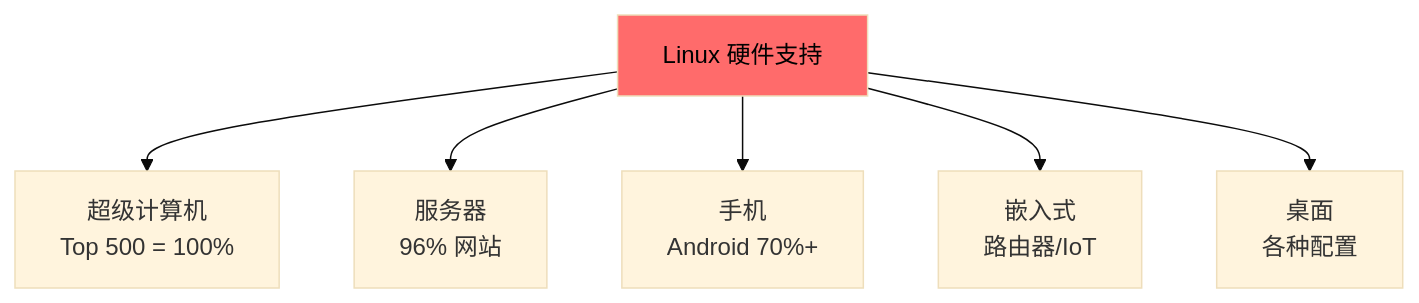
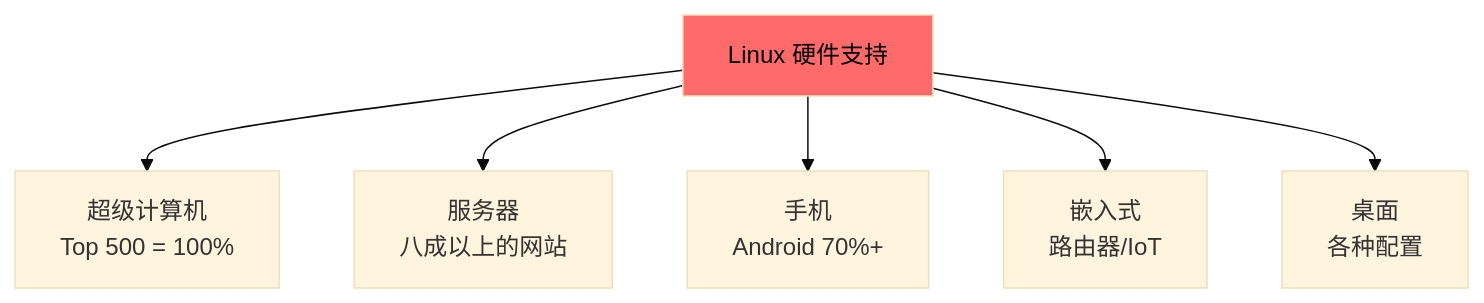
Before and after one commit to before80/prgms: diagram 12 of 12 in content/linux/basic/Chapter-02-Linux-Introduction.md, drawn with Mermaid (base theme). The commit also changed other lines of this file and 1645 other files, not shown here.

````diff
--- a/content/linux/basic/Chapter-02-Linux-Introduction.md
+++ b/content/linux/basic/Chapter-02-Linux-Introduction.md
@@ -1215,10 +1222,10 @@
 ```mermaid
 graph TD
     A[Linux 硬件支持] --> B[超级计算机<br/>Top 500 = 100%]
-    A --> C[服务器<br/>96% 网站]
+    A --> C[服务器<br/>八成以上的网站]
     A --> D[手机<br/>Android 70%+]
     A --> E[嵌入式<br/>路由器/IoT]
     A --> F[桌面<br/>各种配置]
     
     style A fill:#ff6b6b,color:#000
 ```
````
